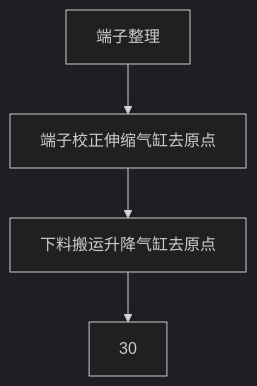
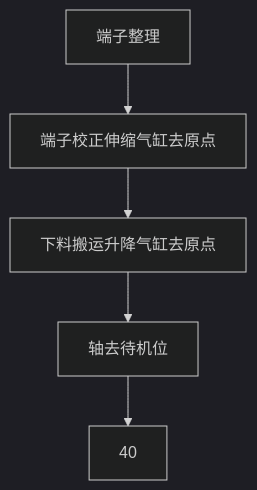
One commit to zmq000/iodraw-files changed the diagram in all/VR-OP90端子整理.md. Above: the diagram before and after it, drawn with Mermaid (dark theme).

Commit message:
2026-06-18 10:59:18 update

````diff
--- a/all/VR-OP90端子整理.md
+++ b/all/VR-OP90端子整理.md
@@ -1,9 +1,10 @@
 ```mermaid
 graph TD
 0[端子整理]-->10
 10[端子校正伸缩气缸去原点]-->20
 20[下料搬运升降气缸去原点]-->30
-30
+30[轴去待机位]-->40
+
 
   
 ```
````
